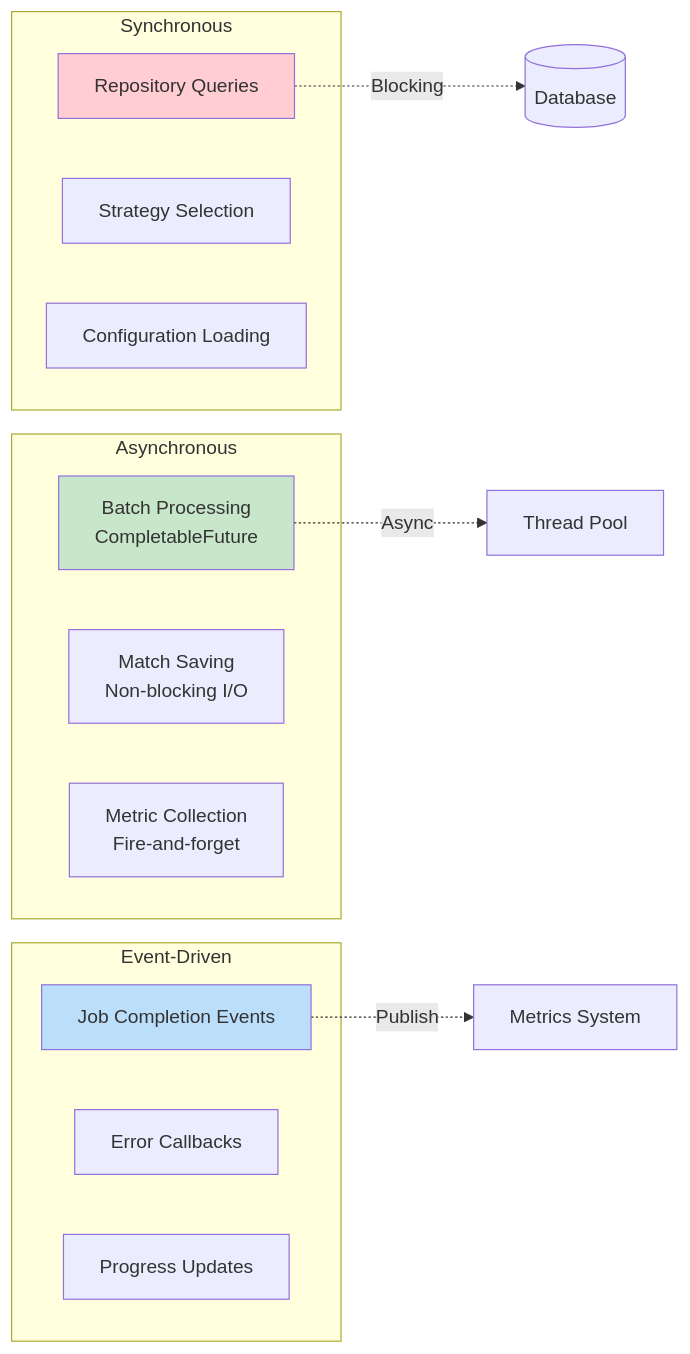
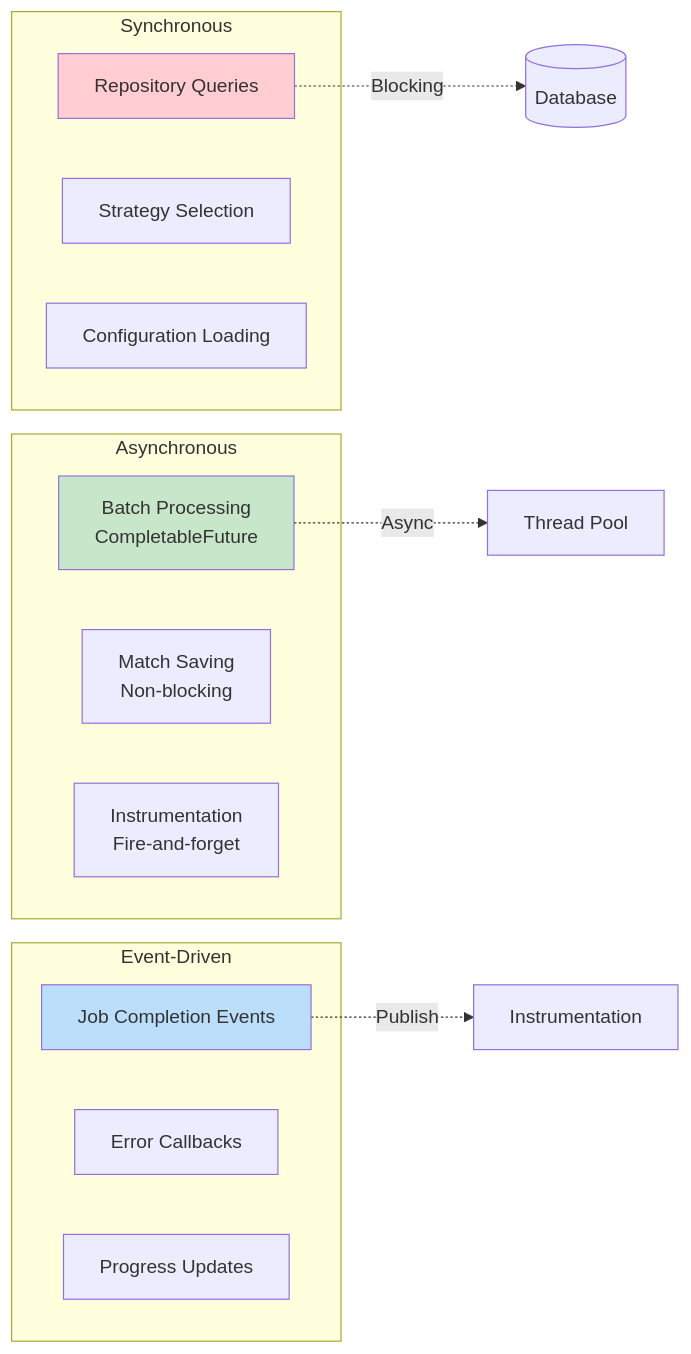
The sixth of 8 diagrams in docs/High Level Designs/ScheduledPerfectMatchesCreation.md (kagit00/schedule_x), drawn with Mermaid before and after one commit. The commit also changed other lines of this file and 7 other files, not shown here.

````diff
--- a/docs/High Level Designs/ScheduledPerfectMatchesCreation.md
+++ b/docs/High Level Designs/ScheduledPerfectMatchesCreation.md
@@ -418,28 +372,28 @@
 ```mermaid
 graph LR
     subgraph "Synchronous"
         A1[Repository Queries]
         A2[Strategy Selection]
         A3[Configuration Loading]
     end
     
     subgraph "Asynchronous"
         B1[Batch Processing<br/>CompletableFuture]
-        B2[Match Saving<br/>Non-blocking I/O]
-        B3[Metric Collection<br/>Fire-and-forget]
+        B2[Match Saving<br/>Non-blocking]
+        B3[Instrumentation<br/>Fire-and-forget]
     end
     
     subgraph "Event-Driven"
         C1[Job Completion Events]
         C2[Error Callbacks]
         C3[Progress Updates]
     end
     
     A1 -.->|Blocking| DB[(Database)]
     B1 -.->|Async| EXEC[Thread Pool]
-    C1 -.->|Publish| METRICS[Metrics System]
+    C1 -.->|Publish| INSTR[Instrumentation]
     
     style A1 fill:#FFCDD2
     style B1 fill:#C8E6C9
     style C1 fill:#BBDEFB
 ```
````
